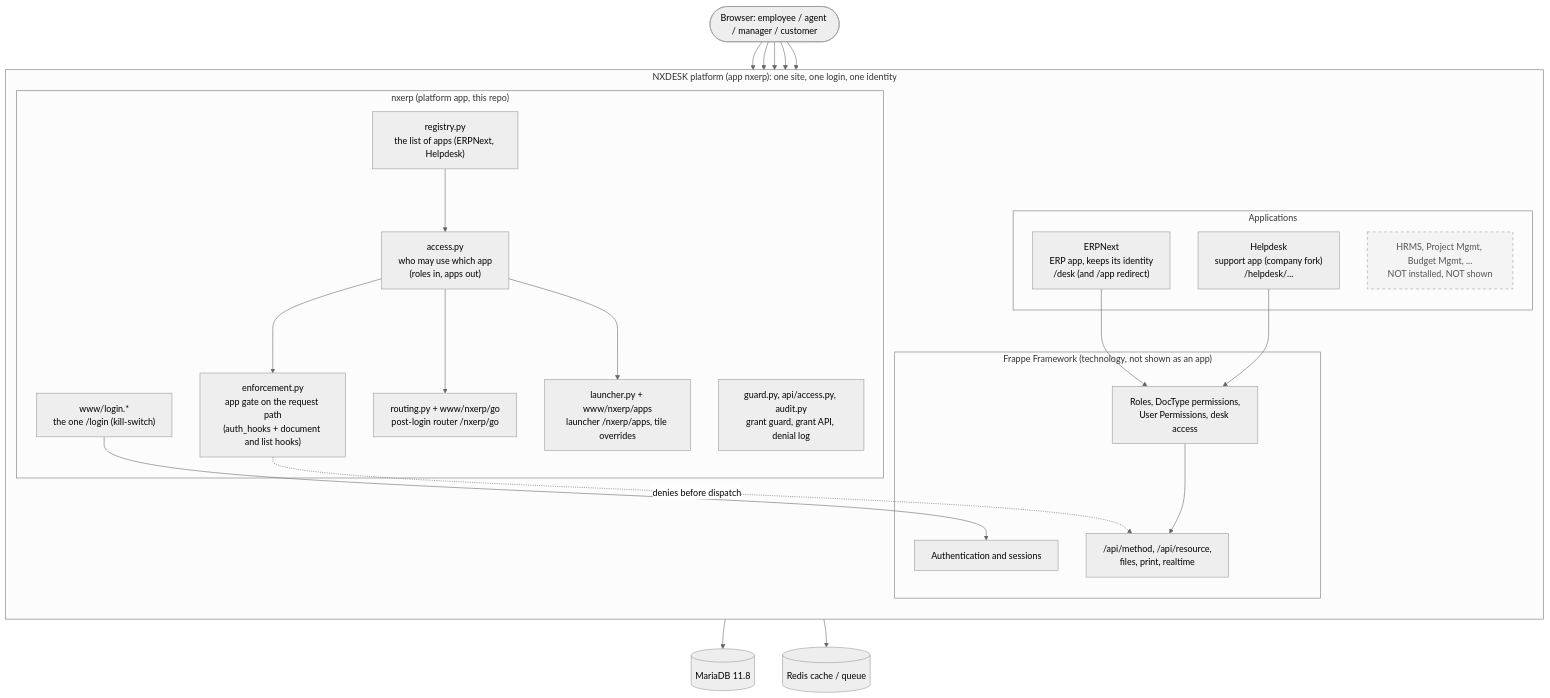
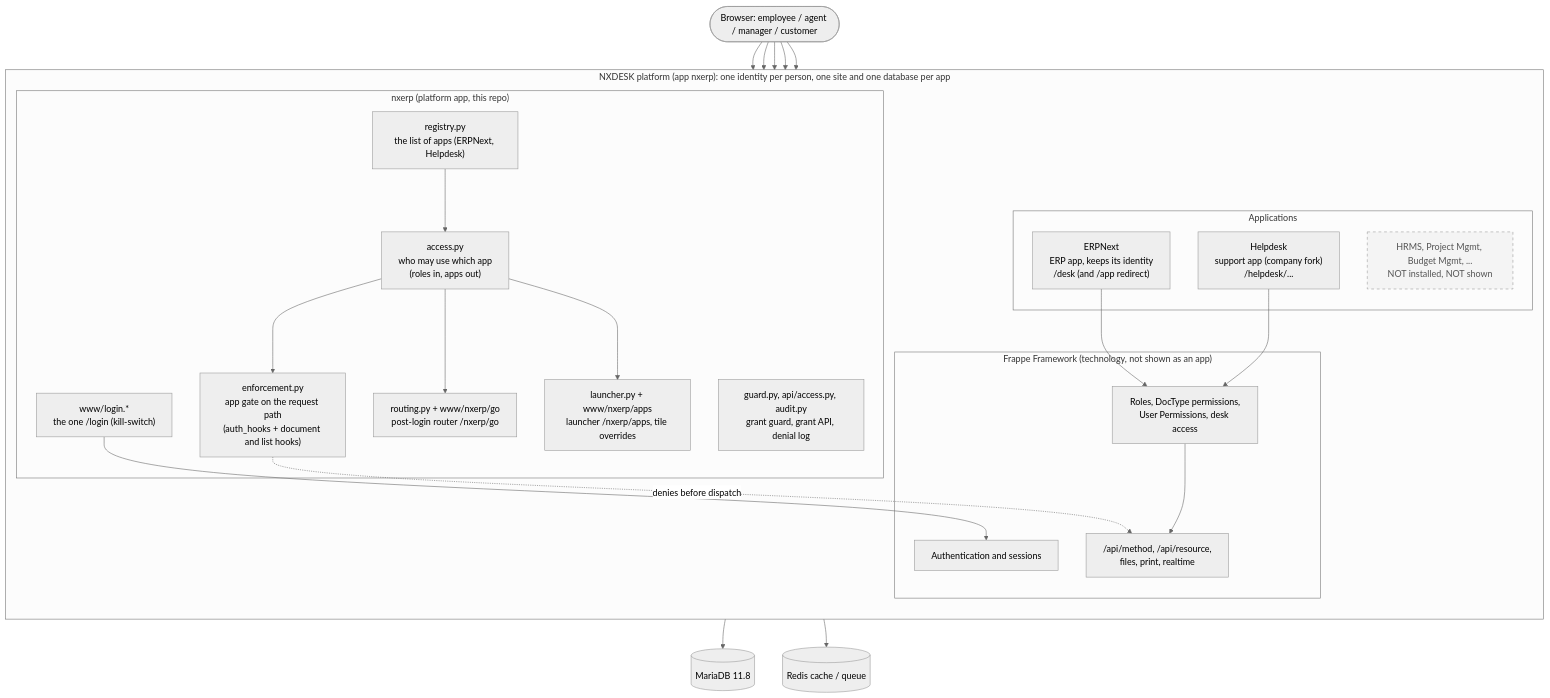
Before and after one commit to Sria-Infotech-Pvt-Ltd/NxERP: the first of 3 diagrams in docs/architecture/overview.md, drawn with Mermaid (neutral theme). The commit also changed other lines of this file and 12 other files, not shown here.

````diff
--- a/docs/architecture/overview.md
+++ b/docs/architecture/overview.md
@@ -10,48 +10,48 @@
 ```mermaid
 flowchart TB
   user([Browser: employee / agent / manager / customer])
 
-  subgraph NXERP["NXDESK platform (app nxerp): one site, one login, one identity"]
+  subgraph NXERP["NXDESK platform (app nxerp): one identity per person, one site and one database per app"]
     direction TB
     subgraph PLAT["nxerp  (platform app, this repo)"]
       registry["registry.py<br/>the list of apps (ERPNext, Helpdesk)"]
       resolver["access.py<br/>who may use which app<br/>(roles in, apps out)"]
       gate["enforcement.py<br/>app gate on the request path<br/>(auth_hooks + document and list hooks)"]
       router["routing.py + www/nxerp/go<br/>post-login router /nxerp/go"]
       launcher["launcher.py + www/nxerp/apps<br/>launcher /nxerp/apps, tile overrides"]
       login["www/login.*<br/>the one /login (kill-switch)"]
       guard["guard.py, api/access.py, audit.py<br/>grant guard, grant API, denial log"]
     end
     subgraph APPS["Applications"]
       erp["ERPNext<br/>ERP app, keeps its identity<br/>/desk (and /app redirect)"]
       hd["Helpdesk<br/>support app (company fork)<br/>/helpdesk/..."]
       later["HRMS, Project Mgmt, Budget Mgmt, ...<br/>NOT installed, NOT shown"]:::future
     end
     subgraph FW["Frappe Framework (technology, not shown as an app)"]
       auth["Authentication and sessions"]
       perm["Roles, DocType permissions,<br/>User Permissions, desk access"]
       api["/api/method, /api/resource,<br/>files, print, realtime"]
     end
   end
 
   db[("MariaDB 11.8")]
   redis[("Redis cache / queue")]
 
   user --> login --> auth
   user --> router
   user --> launcher
   user --> erp
   user --> hd
   gate -. "denies before dispatch" .-> api
   resolver --> gate
   resolver --> router
   resolver --> launcher
   registry --> resolver
   erp --> perm
   hd --> perm
   perm --> api
   FW --> db
   FW --> redis
 
   classDef future stroke-dasharray: 5 5,fill:#f4f4f4,color:#555;
 ```
````
